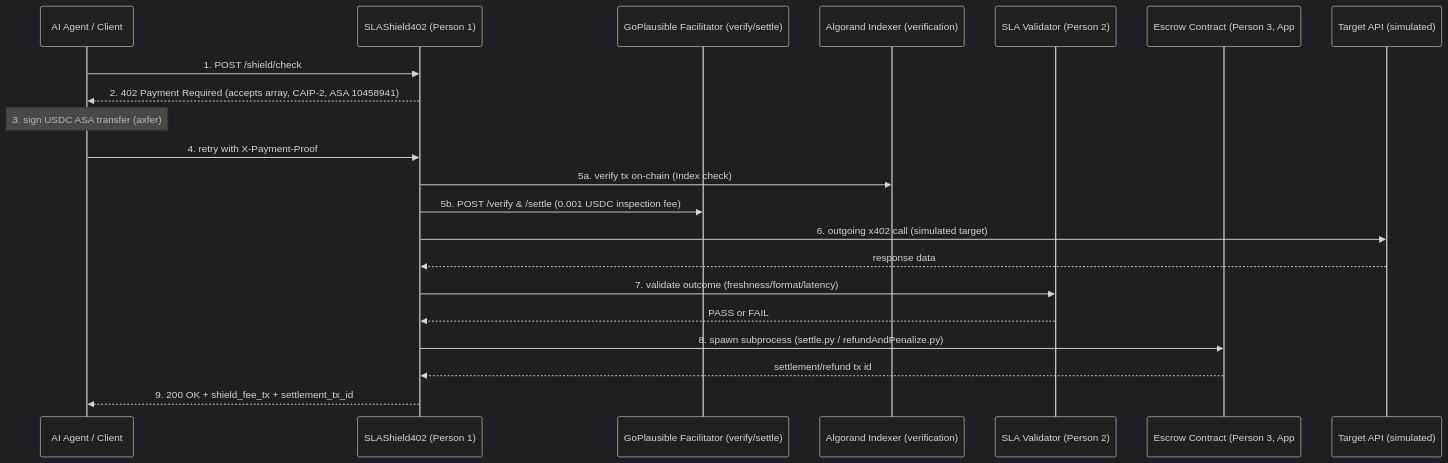
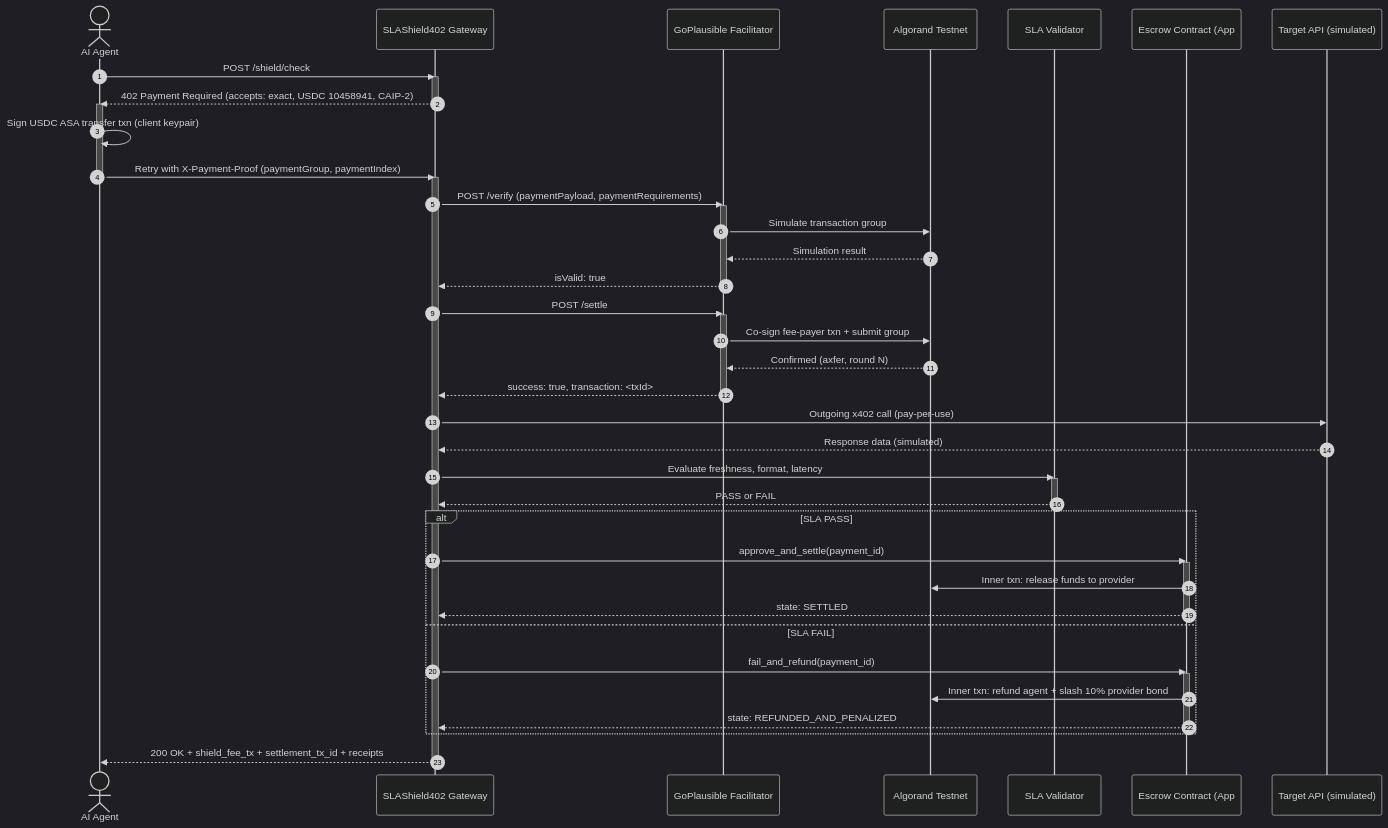
One commit to Vishal-VK18/SLAShield402 changed the first of 2 diagrams in README.md. Above: the diagram before and after it, drawn with Mermaid (dark theme). The commit also changed other lines of this file, not shown here.

Commit message:
docs: rebuild README from scratch with UML sequence diagram, team ARYA, final live proof table

````diff
--- a/README.md
+++ b/README.md
@@ -17,24 +33,61 @@
 ```mermaid
 sequenceDiagram
-    participant Agent as AI Agent / Client
-    participant Shield as SLAShield402 (Person 1)
-    participant Facilitator as GoPlausible Facilitator (verify/settle)
-    participant Indexer as Algorand Indexer (verification)
-    participant SLA as SLA Validator (Person 2)
-    participant Contract as Escrow Contract (Person 3, App #769236555)
+    autonumber
+    actor Agent as AI Agent
+    participant Shield as SLAShield402 Gateway
+    participant Facilitator as GoPlausible Facilitator
+    participant Algorand as Algorand Testnet
+    participant SLA as SLA Validator
+    participant Escrow as Escrow Contract (App #769236555)
     participant Target as Target API (simulated)
 
-    Agent->>Shield: 1. POST /shield/check
-    Shield-->>Agent: 2. 402 Payment Required (accepts array, CAIP-2, ASA 10458941)
-    Note over Agent: 3. sign USDC ASA transfer (axfer)
-    Agent->>Shield: 4. retry with X-Payment-Proof
-    Shield->>Indexer: 5a. verify tx on-chain (Index check)
-    Shield->>Facilitator: 5b. POST /verify & /settle (0.001 USDC inspection fee)
-    Shield->>Target: 6. outgoing x402 call (simulated target)
-    Target-->>Shield: response data
-    Shield->>SLA: 7. validate outcome (freshness/format/latency)
+    Agent->>Shield: POST /shield/check
+    activate Shield
+    Shield-->>Agent: 402 Payment Required (accepts: exact, USDC 10458941, CAIP-2)
+    deactivate Shield
+
+    activate Agent
+    Agent->>Agent: Sign USDC ASA transfer txn (client keypair)
+    Agent->>Shield: Retry with X-Payment-Proof (paymentGroup, paymentIndex)
+    deactivate Agent
+
+    activate Shield
+    Shield->>Facilitator: POST /verify (paymentPayload, paymentRequirements)
+    activate Facilitator
+    Facilitator->>Algorand: Simulate transaction group
+    Algorand-->>Facilitator: Simulation result
+    Facilitator-->>Shield: isValid: true
+    deactivate Facilitator
+
+    Shield->>Facilitator: POST /settle
+    activate Facilitator
+    Facilitator->>Algorand: Co-sign fee-payer txn + submit group
+    Algorand-->>Facilitator: Confirmed (axfer, round N)
+    Facilitator-->>Shield: success: true, transaction: <txId>
+    deactivate Facilitator
+
+    Shield->>Target: Outgoing x402 call (pay-per-use)
+    Target-->>Shield: Response data (simulated)
+
+    Shield->>SLA: Evaluate freshness, format, latency
+    activate SLA
     SLA-->>Shield: PASS or FAIL
-    Shield->>Contract: 8. spawn subprocess (settle.py / refundAndPenalize.py)
-    Contract-->>Shield: settlement/refund tx id
-    Shield-->>Agent: 9. 200 OK + shield_fee_tx + settlement_tx_id
+    deactivate SLA
+
+    alt SLA PASS
+        Shield->>Escrow: approve_and_settle(payment_id)
+        activate Escrow
+        Escrow->>Algorand: Inner txn: release funds to provider
+        Escrow-->>Shield: state: SETTLED
+        deactivate Escrow
+    else SLA FAIL
+        Shield->>Escrow: fail_and_refund(payment_id)
+        activate Escrow
+        Escrow->>Algorand: Inner txn: refund agent + slash 10% provider bond
+        Escrow-->>Shield: state: REFUNDED_AND_PENALIZED
+        deactivate Escrow
+    end
+
+    Shield-->>Agent: 200 OK + shield_fee_tx + settlement_tx_id + receipts
+    deactivate Shield
 ```
````
